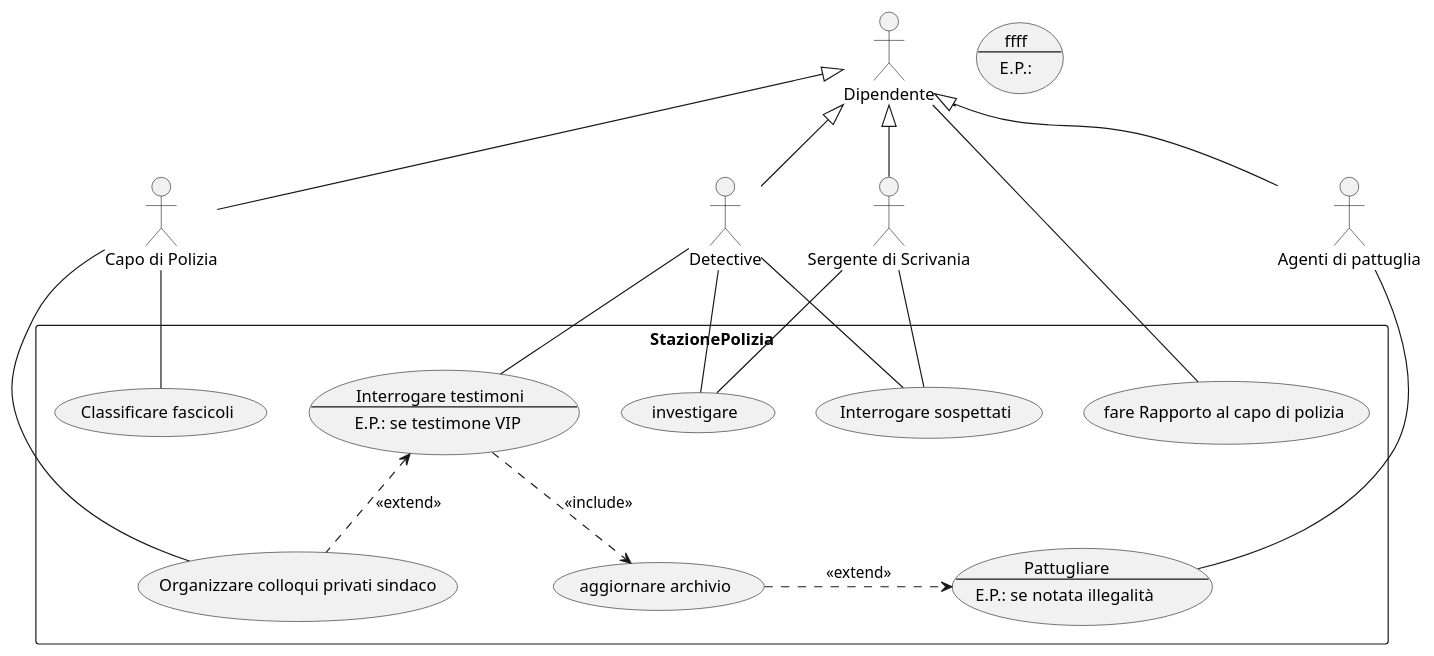
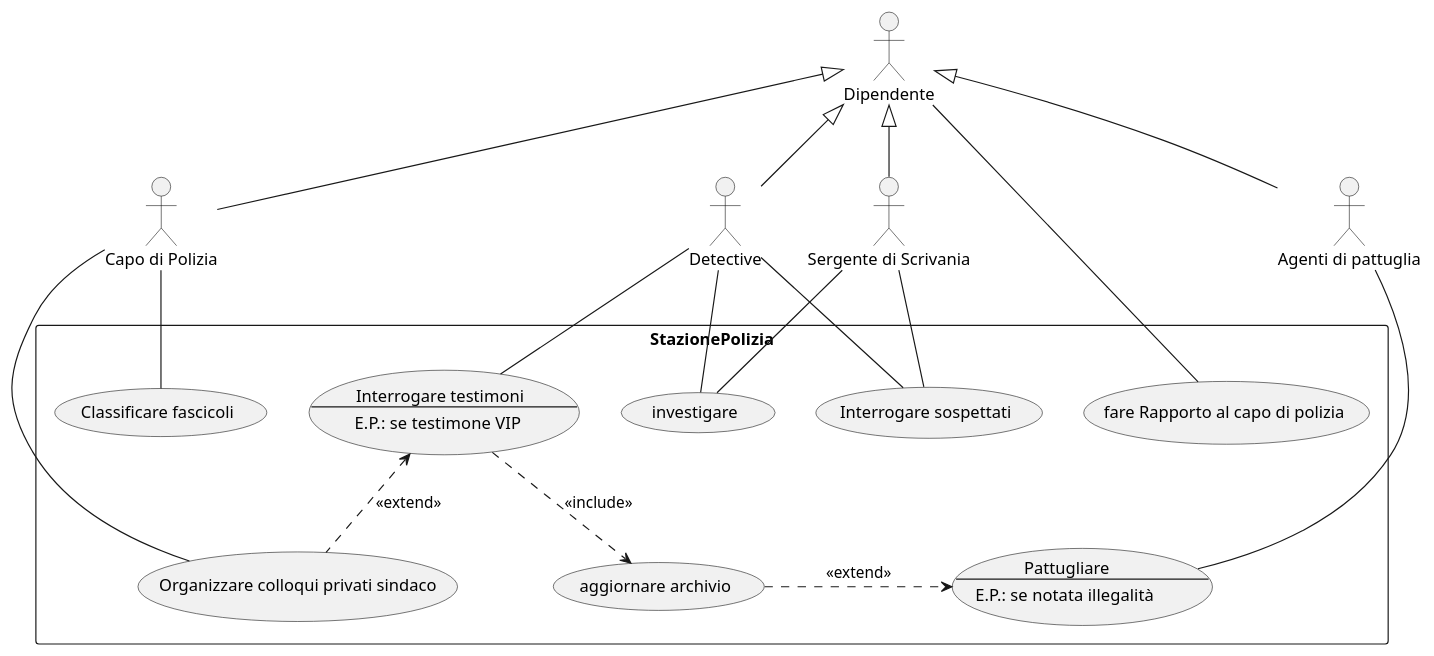
One commit to itsNikk/2526-4BI changed the diagram in uml/src/UCD/StazionePolizia.puml. Above: the diagram before and after it, drawn with PlantUML.

```diff
--- a/uml/src/UCD/StazionePolizia.puml
+++ b/uml/src/UCD/StazionePolizia.puml
@@ -1,59 +1,53 @@
 @startuml
 
 :Capo di Polizia: as cp
 :Dipendente: as dip
 :Detective: as det
 :Sergente di Scrivania: as sds
 :Agenti di pattuglia: as adp
-
-
-usecase test as "
-ffff
---
-E.P.:"
 
 ''Ordine - I confini del sistema
 rectangle StazionePolizia {
     (Classificare fascicoli) as cf
     (Organizzare colloqui privati sindaco) as ocs
     (fare Rapporto al capo di polizia) as fr
 
     '' usecase "alias" as "descrizione"
     usecase p as "Pattugliare
     --
     E.P.: se notata illegalità "
     (aggiornare archivio) as arch
     (Interrogare sospettati) as ints
     ''(Interrogare) as int
     usecase int as "
     Interrogare testimoni
     --
     E.P.: se testimone VIP "
     (investigare) as inv
 }
 
 cp -- cf
 cp -- ocs
 
 ''Verso irrilevante
 dip <|-- det
 dip <|-- sds
 dip <|-- adp
 dip <|-- cp
 
 dip -- fr
 
 adp -- p
 
 arch .> p : <<extend>>
 
 det -- int
 det -- inv
 det -- ints
 sds -- ints
 sds -- inv
 
 int ..> arch : <<include>>
 int <.. ocs : <<extend>>
 
 @enduml
```
